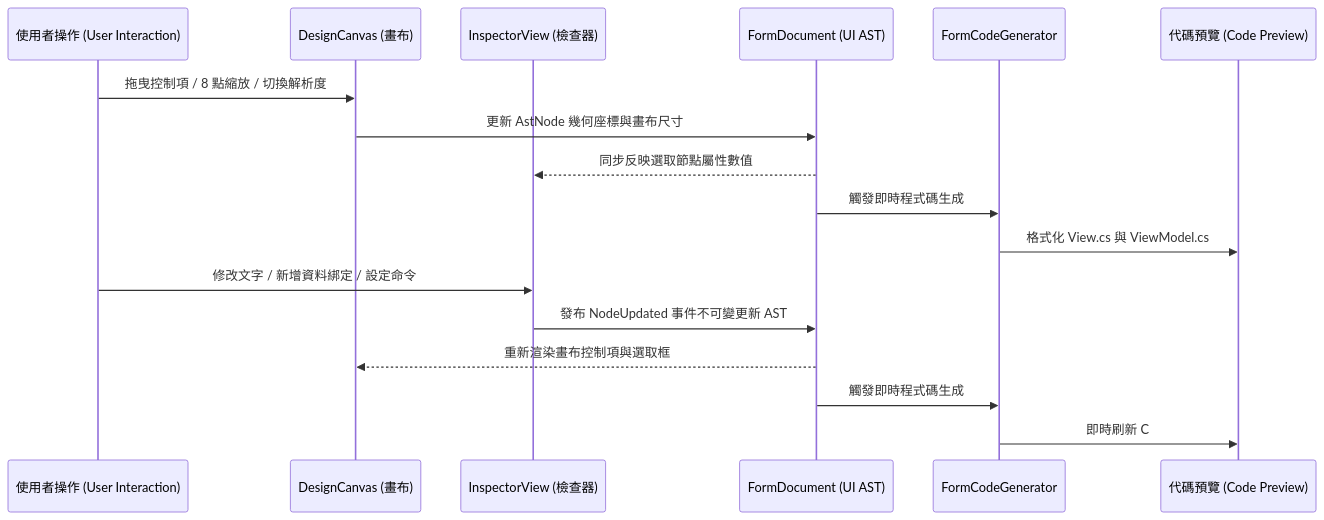
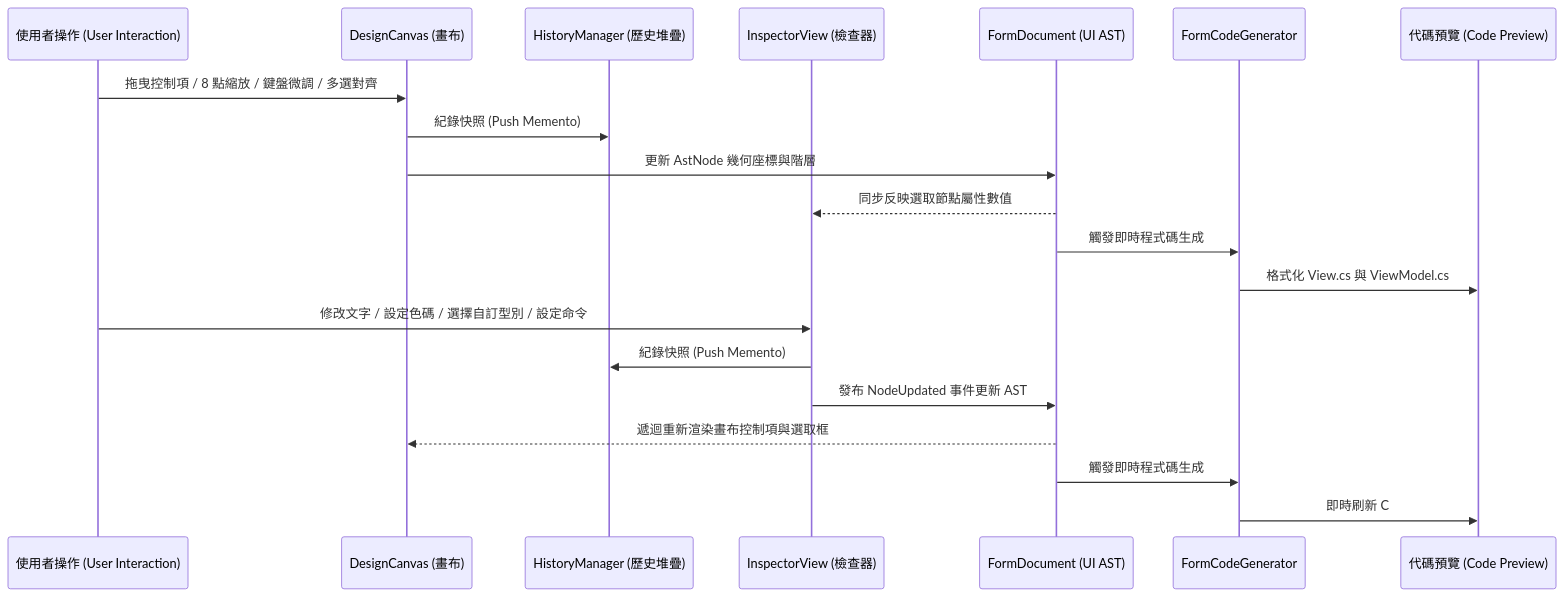
Before and after one commit to willy050209/Avalonia-Form-Generator: the third of 3 diagrams in docs/architecture.md, drawn with Mermaid. The commit also changed other lines of this file and 3 other files, not shown here.

Commit message:
docs: update system architecture, AST schema, C# markup spec, and user guide to reflect all upgraded features

````diff
--- a/docs/architecture.md
+++ b/docs/architecture.md
@@ -118,21 +134,24 @@
 ```mermaid
 sequenceDiagram
     participant User as 使用者操作 (User Interaction)
     participant Canvas as DesignCanvas (畫布)
+    participant History as HistoryManager (歷史堆疊)
     participant Inspector as InspectorView (檢查器)
     participant AST as FormDocument (UI AST)
     participant Generator as FormCodeGenerator
     participant Preview as 代碼預覽 (Code Preview)
 
-    User->>Canvas: 拖曳控制項 / 8 點縮放 / 切換解析度
-    Canvas->>AST: 更新 AstNode 幾何座標與畫布尺寸
+    User->>Canvas: 拖曳控制項 / 8 點縮放 / 鍵盤微調 / 多選對齊
+    Canvas->>History: 紀錄快照 (Push Memento)
+    Canvas->>AST: 更新 AstNode 幾何座標與階層
     AST-->>Inspector: 同步反映選取節點屬性數值
     AST->>Generator: 觸發即時程式碼生成
     Generator->>Preview: 格式化 View.cs 與 ViewModel.cs
 
-    User->>Inspector: 修改文字 / 新增資料綁定 / 設定命令
-    Inspector->>AST: 發布 NodeUpdated 事件不可變更新 AST
-    AST-->>Canvas: 重新渲染畫布控制項與選取框
+    User->>Inspector: 修改文字 / 設定色碼 / 選擇自訂型別 / 設定命令
+    Inspector->>History: 紀錄快照 (Push Memento)
+    Inspector->>AST: 發布 NodeUpdated 事件更新 AST
+    AST-->>Canvas: 遞迴重新渲染畫布控制項與選取框
     AST->>Generator: 觸發即時程式碼生成
     Generator->>Preview: 即時刷新 C# 程式碼
 ```
````
